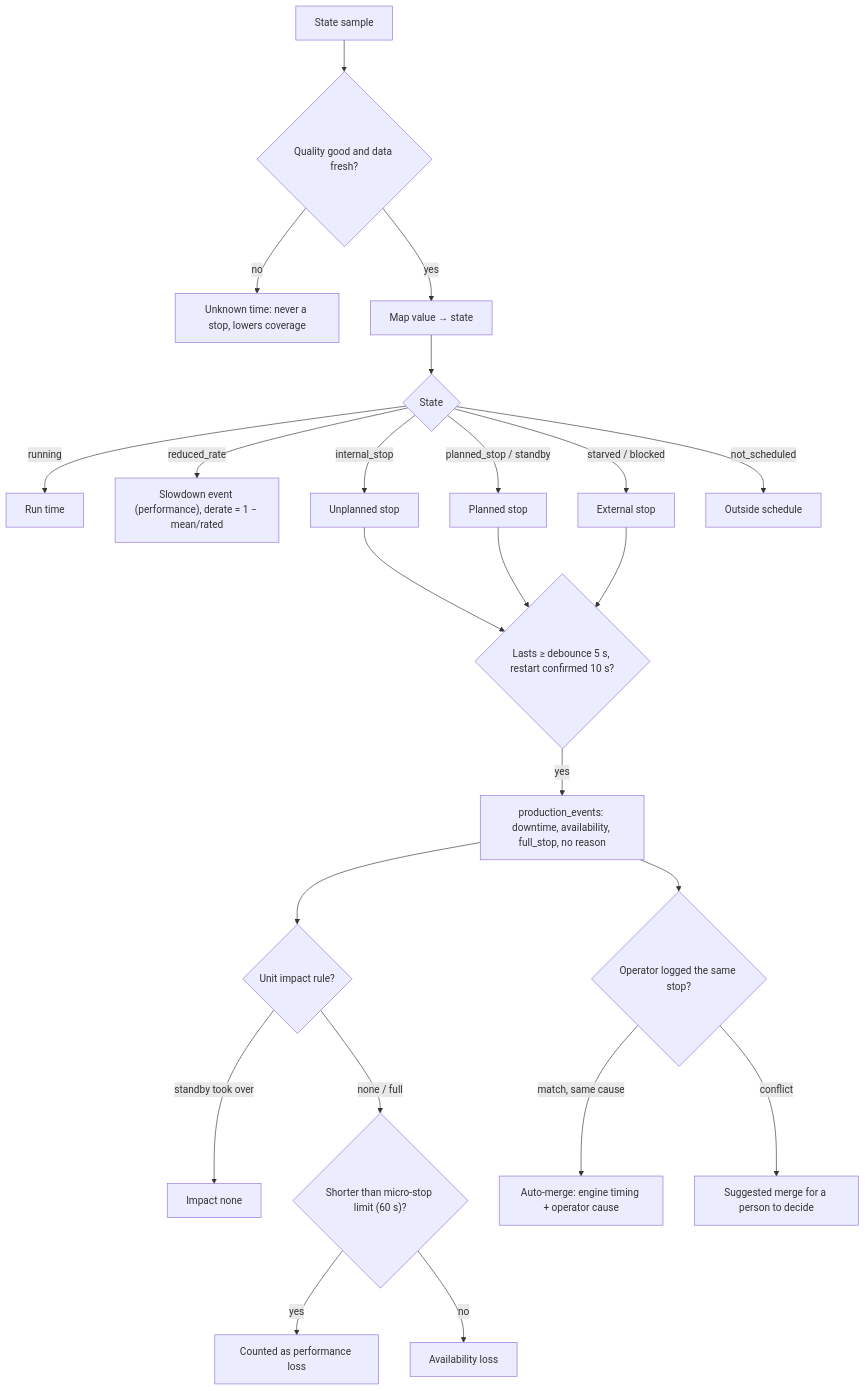
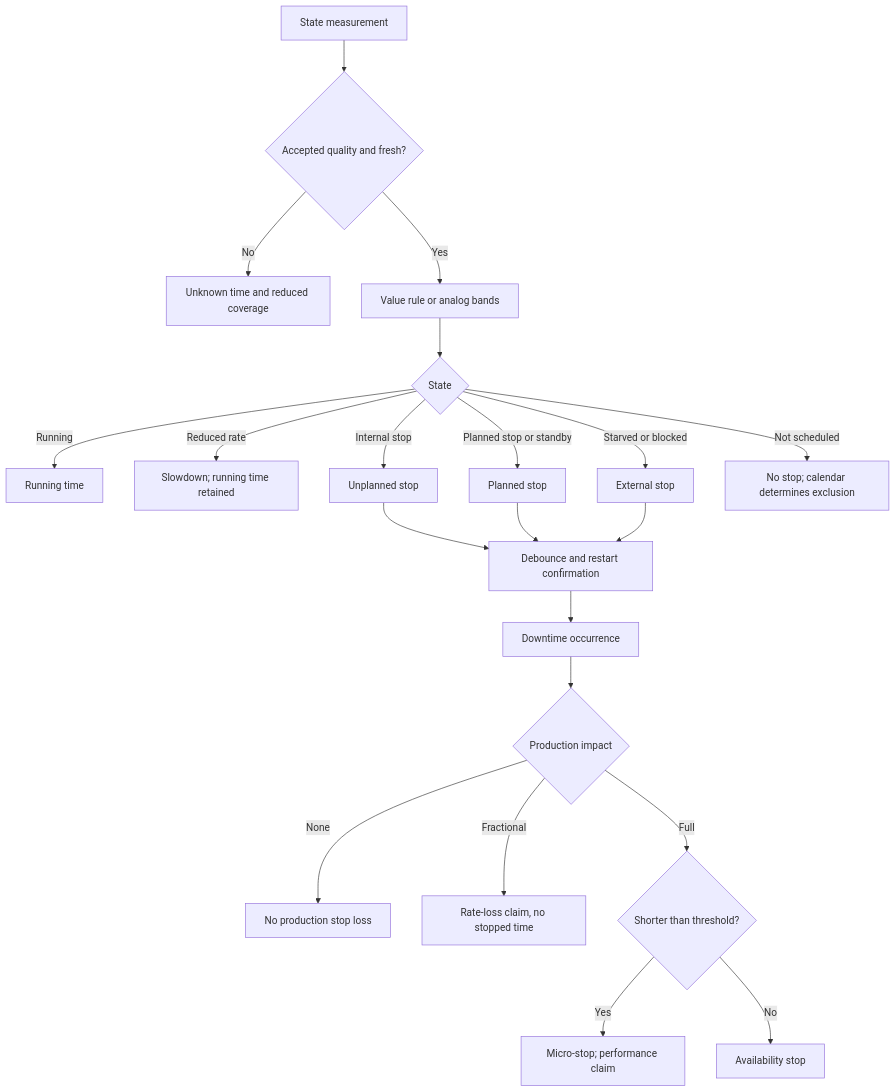
One commit to tofelemed/PLA-Downtime-RCA-V3 changed the third of 5 diagrams in docs/E2E_SINGLE_EXTRUDER.md. Above: the diagram before and after it, drawn with Mermaid. The commit also changed other lines of this file and 346 other files, not shown here.

````diff
--- a/docs/E2E_SINGLE_EXTRUDER.md
+++ b/docs/E2E_SINGLE_EXTRUDER.md
@@ -138,23 +949,21 @@
 ```mermaid
 flowchart TD
-  S[State sample] --> Q{Quality good and data fresh?}
-  Q -- no --> U[Unknown time: never a stop, lowers coverage]
-  Q -- yes --> M[Map value → state]
+  S[State measurement] --> Q{Accepted quality and fresh?}
+  Q -- No --> U[Unknown time and reduced coverage]
+  Q -- Yes --> M[Value rule or analog bands]
   M --> R{State}
-  R -- running --> RUN[Run time]
-  R -- reduced_rate --> SL["Slowdown event (performance), derate = 1 − mean/rated"]
-  R -- internal_stop --> UN[Unplanned stop]
-  R -- "planned_stop / standby" --> PL[Planned stop]
-  R -- "starved / blocked" --> EX[External stop]
-  R -- not_scheduled --> NS[Outside schedule]
-  UN & PL & EX --> D{"Lasts ≥ debounce 5 s, restart confirmed 10 s?"}
-  D -- yes --> EV["production_events: downtime, availability, full_stop, no reason"]
-  EV --> IR{Unit impact rule?}
-  IR -- "standby took over" --> NONE[Impact none]
-  IR -- none / full --> MS{"Shorter than micro-stop limit (60 s)?"}
-  MS -- yes --> PERF[Counted as performance loss]
-  MS -- no --> AV[Availability loss]
-  EV --> DUP{"Operator logged the same stop?"}
-  DUP -- "match, same cause" --> MERGE["Auto-merge: engine timing + operator cause"]
-  DUP -- conflict --> SUG[Suggested merge for a person to decide]
+  R -- Running --> RUN[Running time]
+  R -- Reduced rate --> SL[Slowdown; running time retained]
+  R -- Internal stop --> UN[Unplanned stop]
+  R -- Planned stop or standby --> PL[Planned stop]
+  R -- Starved or blocked --> EX[External stop]
+  R -- Not scheduled --> NS[No stop; calendar determines exclusion]
+  UN & PL & EX --> D[Debounce and restart confirmation]
+  D --> EV[Downtime occurrence]
+  EV --> I{Production impact}
+  I -- None --> NONE[No production stop loss]
+  I -- Fractional --> DER[Rate-loss claim, no stopped time]
+  I -- Full --> MS{Shorter than threshold?}
+  MS -- Yes --> PERF[Micro-stop; performance claim]
+  MS -- No --> AV[Availability stop]
 ```
````
